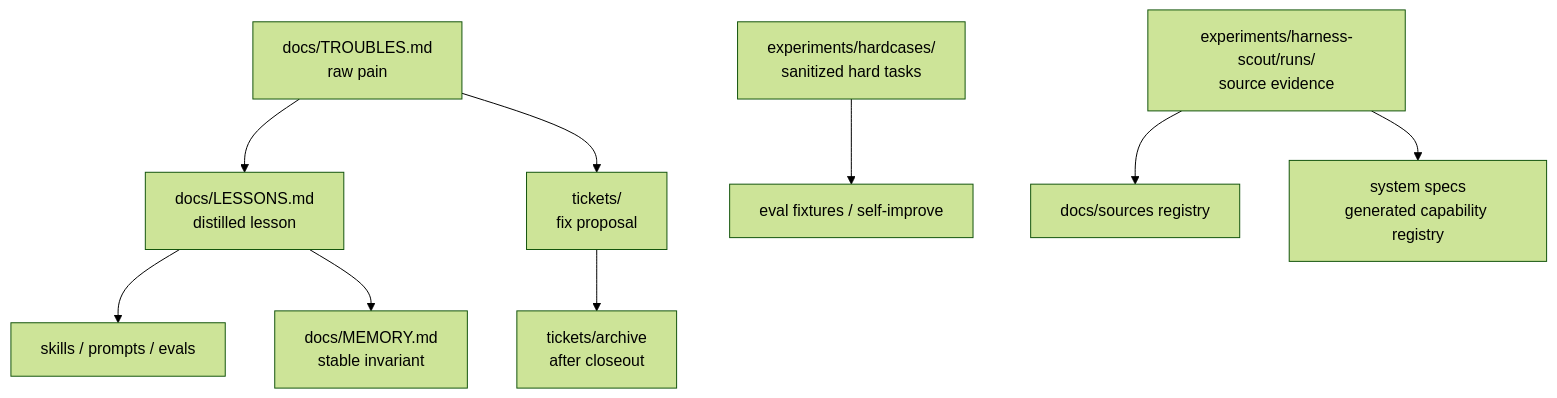
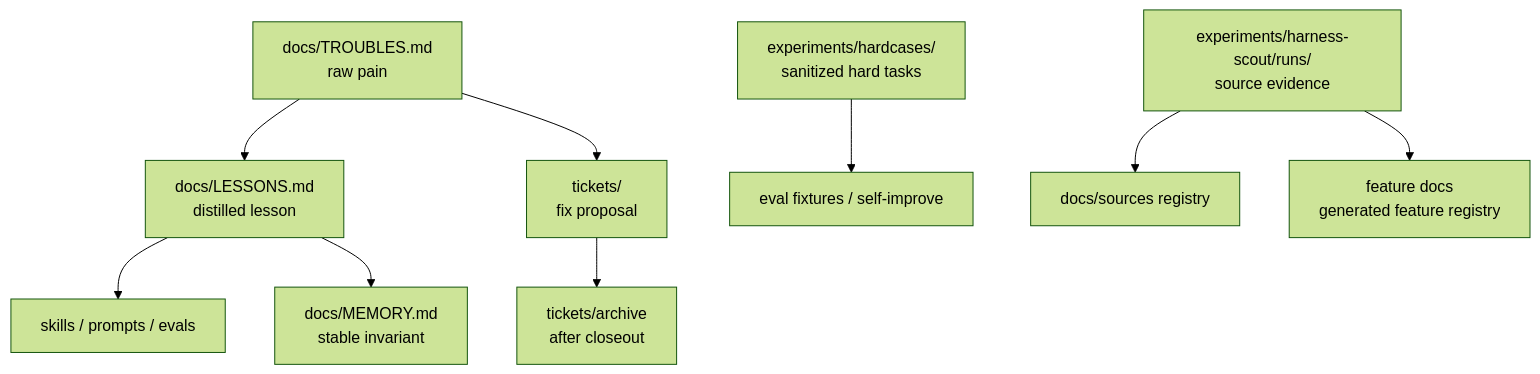
Before and after one commit to ZanarkandTechnologies/Farplane: the diagram in docs/specs/filesystem-lifecycle.md, drawn with Mermaid (forest theme). The commit also changed other lines of this file and 143 other files, not shown here.

Commit message:
Make feature registry doc-backed

````diff
--- a/docs/specs/filesystem-lifecycle.md
+++ b/docs/specs/filesystem-lifecycle.md
@@ -151,11 +154,11 @@
 ```mermaid
 flowchart TD
     T["docs/TROUBLES.md<br/>raw pain"] --> L["docs/LESSONS.md<br/>distilled lesson"]
     T --> TK["tickets/<br/>fix proposal"]
     L --> S["skills / prompts / evals"]
     L --> M["docs/MEMORY.md<br/>stable invariant"]
     HC["experiments/hardcases/<br/>sanitized hard tasks"] --> E["eval fixtures / self-improve"]
     HS["experiments/harness-scout/runs/<br/>source evidence"] --> SR["docs/sources registry"]
-    HS --> FR["system specs<br/>generated capability registry"]
+    HS --> FR["feature docs<br/>generated feature registry"]
     TK --> A["tickets/archive<br/>after closeout"]
 ```
````
